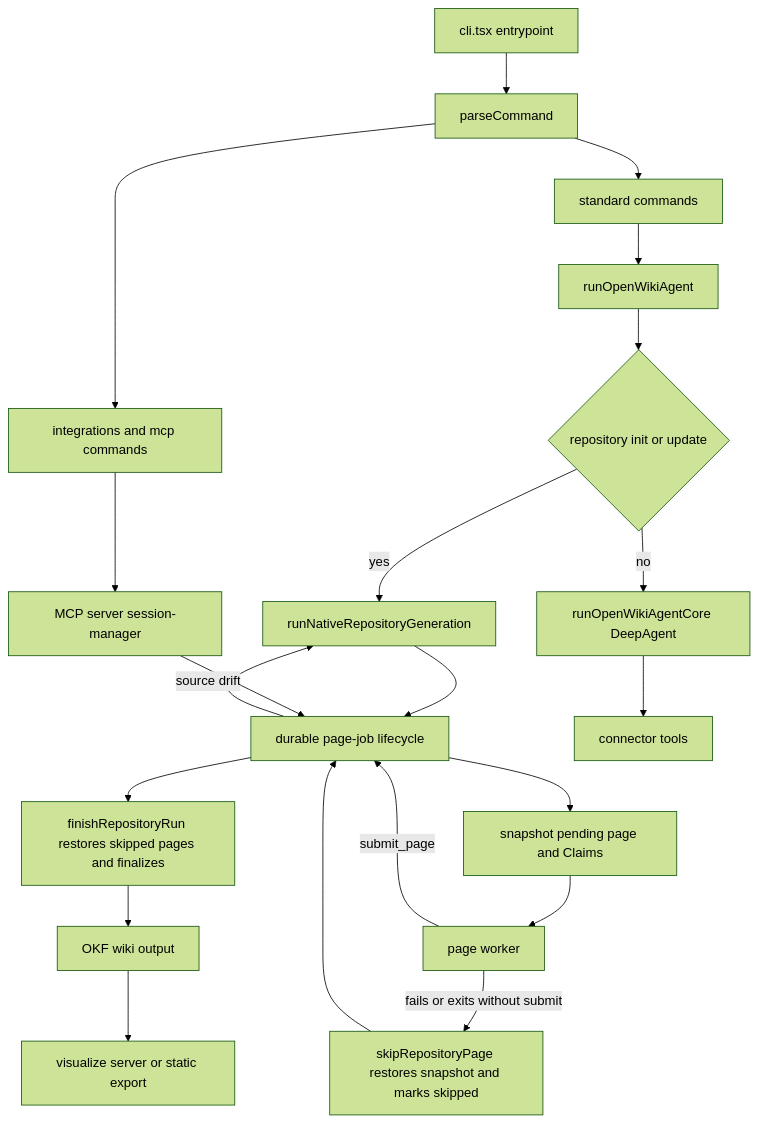
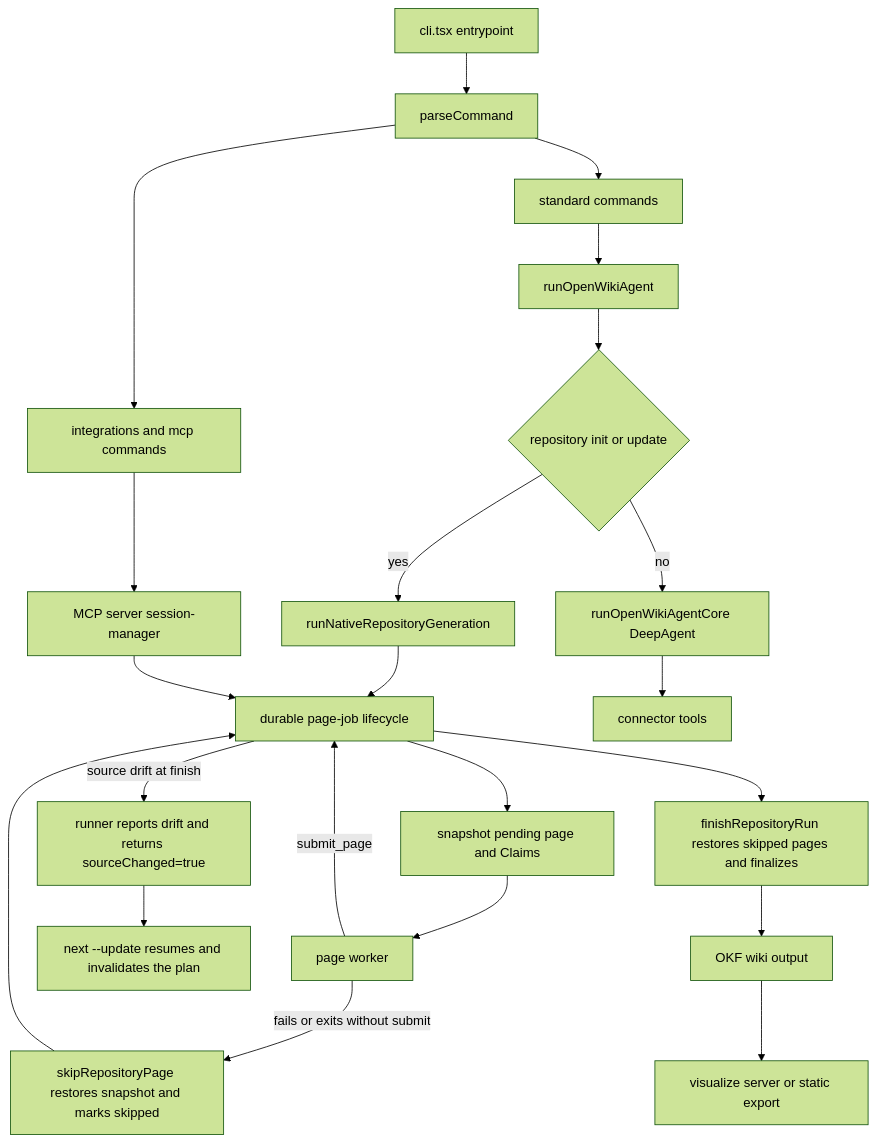
Before and after one commit to Christian-Sidak/openwiki: the diagram in openwiki/architecture/overview.md, drawn with Mermaid (forest theme). The commit also changed other lines of this file and 16 other files, not shown here.

````diff
--- a/openwiki/architecture/overview.md
+++ b/openwiki/architecture/overview.md
@@ -74,23 +74,24 @@
 ```mermaid
 flowchart TD
   CLI["cli.tsx entrypoint"] --> Parse["parseCommand"]
   Parse --> Std["standard commands"]
   Parse --> Host["integrations and mcp commands"]
   Std --> RunAgent["runOpenWikiAgent"]
   RunAgent --> RepoGen{"repository init or update"}
   RepoGen -->|yes| NativeRun["runNativeRepositoryGeneration"]
   RepoGen -->|no| Core["runOpenWikiAgentCore DeepAgent"]
   NativeRun --> Lifecycle["durable page-job lifecycle"]
   Host --> McpServer["MCP server session-manager"]
   McpServer --> Lifecycle
   Core --> Connectors["connector tools"]
   Lifecycle --> Snapshot["snapshot pending page and Claims"]
   Snapshot --> PageWorker["page worker"]
   PageWorker -->|"fails or exits without submit"| Skip["skipRepositoryPage restores snapshot and marks skipped"]
   Skip --> Lifecycle
   PageWorker -->|"submit_page"| Lifecycle
-  Lifecycle -->|"source drift"| NativeRun
+  Lifecycle -->|"source drift at finish"| Report["runner reports drift and returns sourceChanged=true"]
+  Report --> LaterUpdate["next --update resumes and invalidates the plan"]
   Lifecycle --> Finalize["finishRepositoryRun restores skipped pages and finalizes"]
   Finalize --> Wiki["OKF wiki output"]
   Wiki --> Viz["visualize server or static export"]
 ```
````
